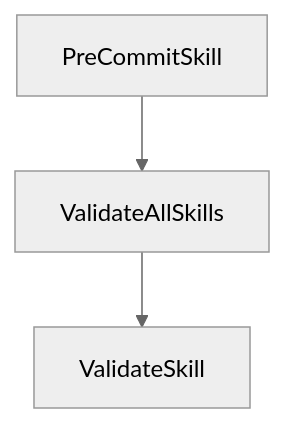
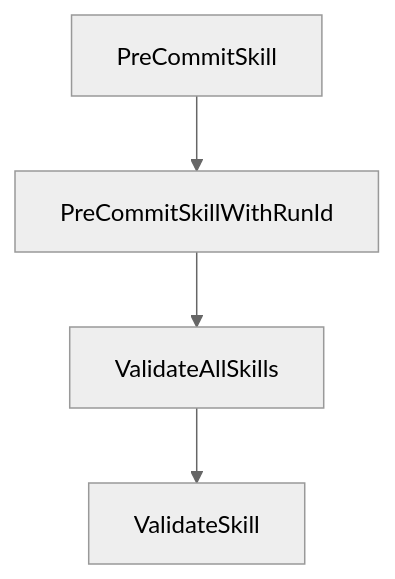
The diagram in VIZ.md (dkorolev/theloop), drawn with Mermaid (neutral theme) before and after one commit. The commit also changed other lines of this file and 5 other files, not shown here.

Commit message:
The default `SkillRunId` format, `YYYYMMDD-HHMMSS-{six_random_latin_lowercase_characters}`, codified in the rule on run receipts: the parameterless `PreCommitSkill` generates it and delegates to the new `PreCommitSkillWithRunId`, which requires it.

````diff
--- a/VIZ.md
+++ b/VIZ.md
@@ -24,5 +26,6 @@
 ```mermaid
 graph TD
-    PreCommitSkill["PreCommitSkill"] --> ValidateAllSkills["ValidateAllSkills"]
+    PreCommitSkill["PreCommitSkill"] --> PreCommitSkillWithRunId["PreCommitSkillWithRunId"]
+    PreCommitSkillWithRunId --> ValidateAllSkills["ValidateAllSkills"]
     ValidateAllSkills --> ValidateSkill["ValidateSkill"]
 ```
````
